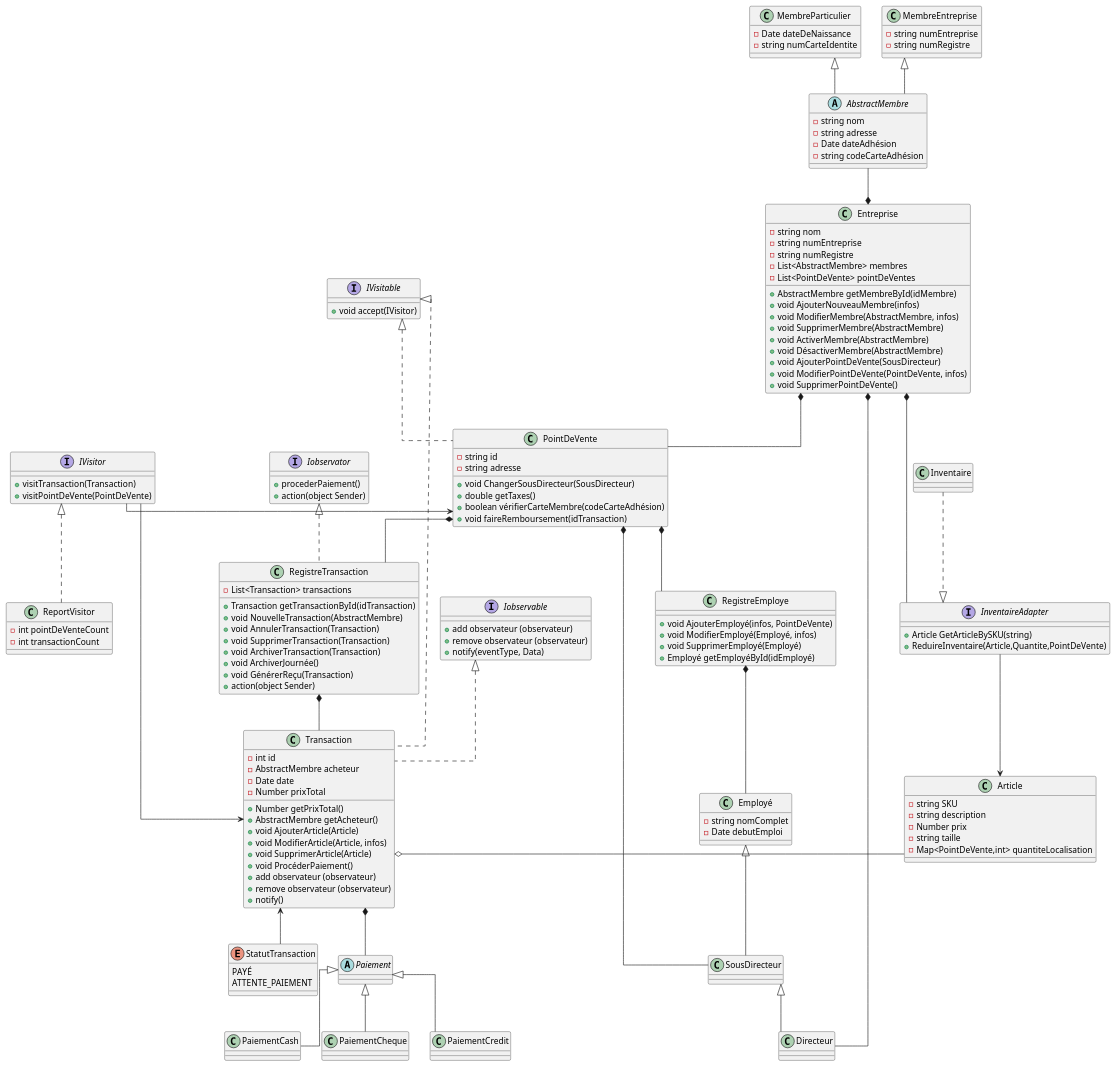
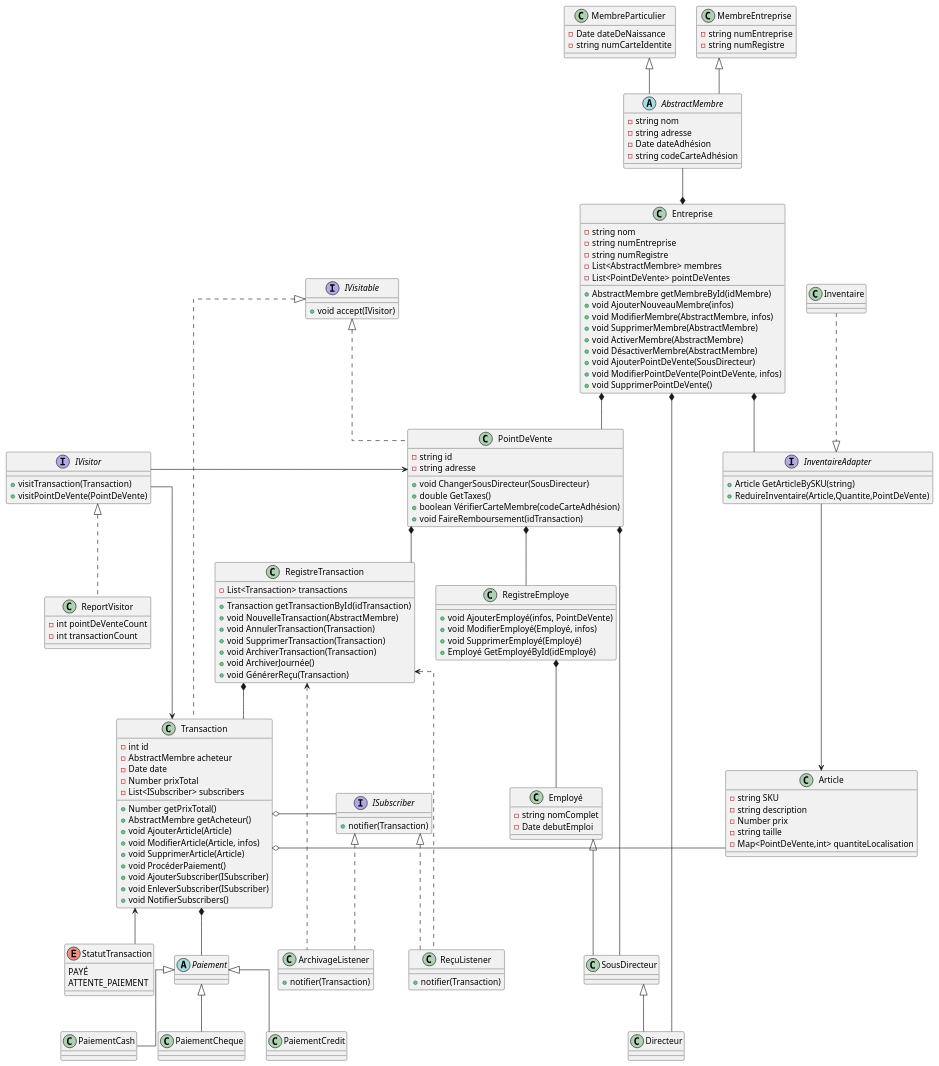
One commit to SamBolduc/INF1011-TP2 changed the diagram in diagram.puml. Above: the diagram before and after it, drawn with PlantUML.

Commit message:
Correction du pattern Observateur

```diff
--- a/diagram.puml
+++ b/diagram.puml
@@ -1,178 +1,182 @@
 skinparam linetype ortho
 
 abstract class AbstractMembre {
 - string nom
 - string adresse
 - Date dateAdhésion
 - string codeCarteAdhésion
 }
 
 class MembreParticulier {
 - Date dateDeNaissance
 - string numCarteIdentite
 }
 
 class MembreEntreprise {
 - string numEntreprise
 - string numRegistre
 }
 
 class RegistreEmploye{
   + void AjouterEmployé(infos, PointDeVente)
   + void ModifierEmployé(Employé, infos)
   + void SupprimerEmployé(Employé)
-  + Employé getEmployéById(idEmployé)
+  + Employé GetEmployéById(idEmployé)
 }
 
 interface IVisitable {
 +void accept(IVisitor)
 }
 
 interface IVisitor {
     +visitTransaction(Transaction)
     +visitPointDeVente(PointDeVente)
 }
 
 IVisitor -> PointDeVente
 IVisitor -> Transaction
 class ReportVisitor implements IVisitor {
     -int pointDeVenteCount
     -int transactionCount
 }
 
 
 class Employé {
 - string nomComplet
 - Date debutEmploi
 }
 
 class SousDirecteur {
 
 }
 
 class Directeur {
 
 }
 
-class Transaction implements IVisitable , Iobservable {
+class Transaction implements IVisitable {
 - int id
 - AbstractMembre acheteur
 - Date date
 - Number prixTotal
+- List<ISubscriber> subscribers
 + Number getPrixTotal()
 + AbstractMembre getAcheteur()
 + void AjouterArticle(Article)
 + void ModifierArticle(Article, infos)
 + void SupprimerArticle(Article)
 + void ProcéderPaiement()
-+add observateur (observateur)
-+remove observateur (observateur)
-+notify()
++ void AjouterSubscriber(ISubscriber)
++ void EnleverSubscriber(ISubscriber)
++ void NotifierSubscribers()
 }
 
 class Article {
   - string SKU
   - string description
   - Number prix
   - string taille
   - Map<PointDeVente,int> quantiteLocalisation
 }
 
-class RegistreTransaction implements Iobservator {
+class RegistreTransaction {
 - List<Transaction> transactions
 + Transaction getTransactionById(idTransaction)
 + void NouvelleTransaction(AbstractMembre)
 + void AnnulerTransaction(Transaction)
 + void SupprimerTransaction(Transaction)
 + void ArchiverTransaction(Transaction)
 + void ArchiverJournée()
 + void GénérerReçu(Transaction)
-+action(object Sender)
 }
 
 enum StatutTransaction{
 PAYÉ
 ATTENTE_PAIEMENT
 }
 
 class Entreprise {
 - string nom
 - string numEntreprise
 - string numRegistre
 - List<AbstractMembre> membres
 - List<PointDeVente> pointDeVentes
 + AbstractMembre getMembreById(idMembre)
 + void AjouterNouveauMembre(infos)
 + void ModifierMembre(AbstractMembre, infos)
 + void SupprimerMembre(AbstractMembre)
 + void ActiverMembre(AbstractMembre)
 + void DésactiverMembre(AbstractMembre)
 + void AjouterPointDeVente(SousDirecteur)
 + void ModifierPointDeVente(PointDeVente, infos)
 + void SupprimerPointDeVente()
 
 }
 
 class PointDeVente implements IVisitable{
   - string id
   - string adresse
   + void ChangerSousDirecteur(SousDirecteur)
-  + double getTaxes()
-  + boolean vérifierCarteMembre(codeCarteAdhésion)
-  + void faireRemboursement(idTransaction)
+  + double GetTaxes()
+  + boolean VérifierCarteMembre(codeCarteAdhésion)
+  + void FaireRemboursement(idTransaction)
 }
 
 interface InventaireAdapter {
   +Article GetArticleBySKU(string)
   +ReduireInventaire(Article,Quantite,PointDeVente)
 }
 
 
 class Inventaire
 
-interface Iobservable {
-+add observateur (observateur)
-+remove observateur (observateur)
-+notify(eventType, Data)
+interface ISubscriber {
++ notifier(Transaction)
 }
 
-interface Iobservator {
-+procederPaiement()
-+action(object Sender) 
+class ReçuListener implements ISubscriber {
++ notifier(Transaction) 
 }
 
+class ArchivageListener implements ISubscriber {
++ notifier(Transaction) 
+}
 
 Inventaire ..|> InventaireAdapter
 
 abstract class Paiement {}
 
 class PaiementCredit {}
 
 class PaiementCash {}
 
 class PaiementCheque {}
 
 Employé <|-- SousDirecteur
 SousDirecteur <|-- Directeur
 
 Paiement <|-- PaiementCredit
 Paiement <|-- PaiementCash
 Paiement <|-- PaiementCheque
 
 Entreprise *-- PointDeVente
 PointDeVente *-- RegistreEmploye
-Entreprise *--- InventaireAdapter
+Entreprise *-- InventaireAdapter
 InventaireAdapter --> Article
 Entreprise *-- Directeur
 PointDeVente *-- SousDirecteur
 RegistreEmploye *-- Employé
 PointDeVente *-- RegistreTransaction
 
 RegistreTransaction *-- Transaction
 Transaction <-- StatutTransaction
 Transaction *-- Paiement
 Transaction o- Article
 
 AbstractMembre --* Entreprise
 MembreParticulier<|-- AbstractMembre
 MembreEntreprise <|-- AbstractMembre
+
+Transaction o- ISubscriber
+RegistreTransaction <.. ReçuListener
+RegistreTransaction <.. ArchivageListener
```
